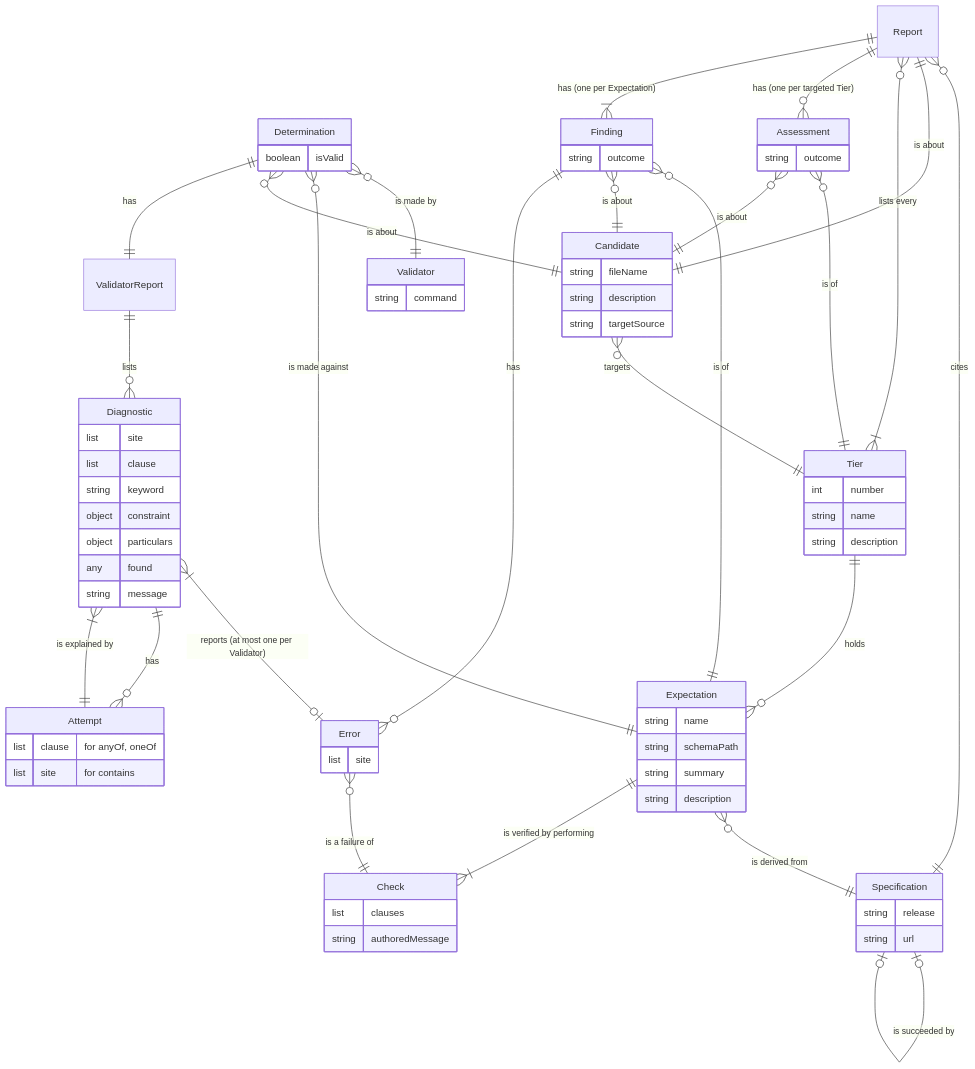
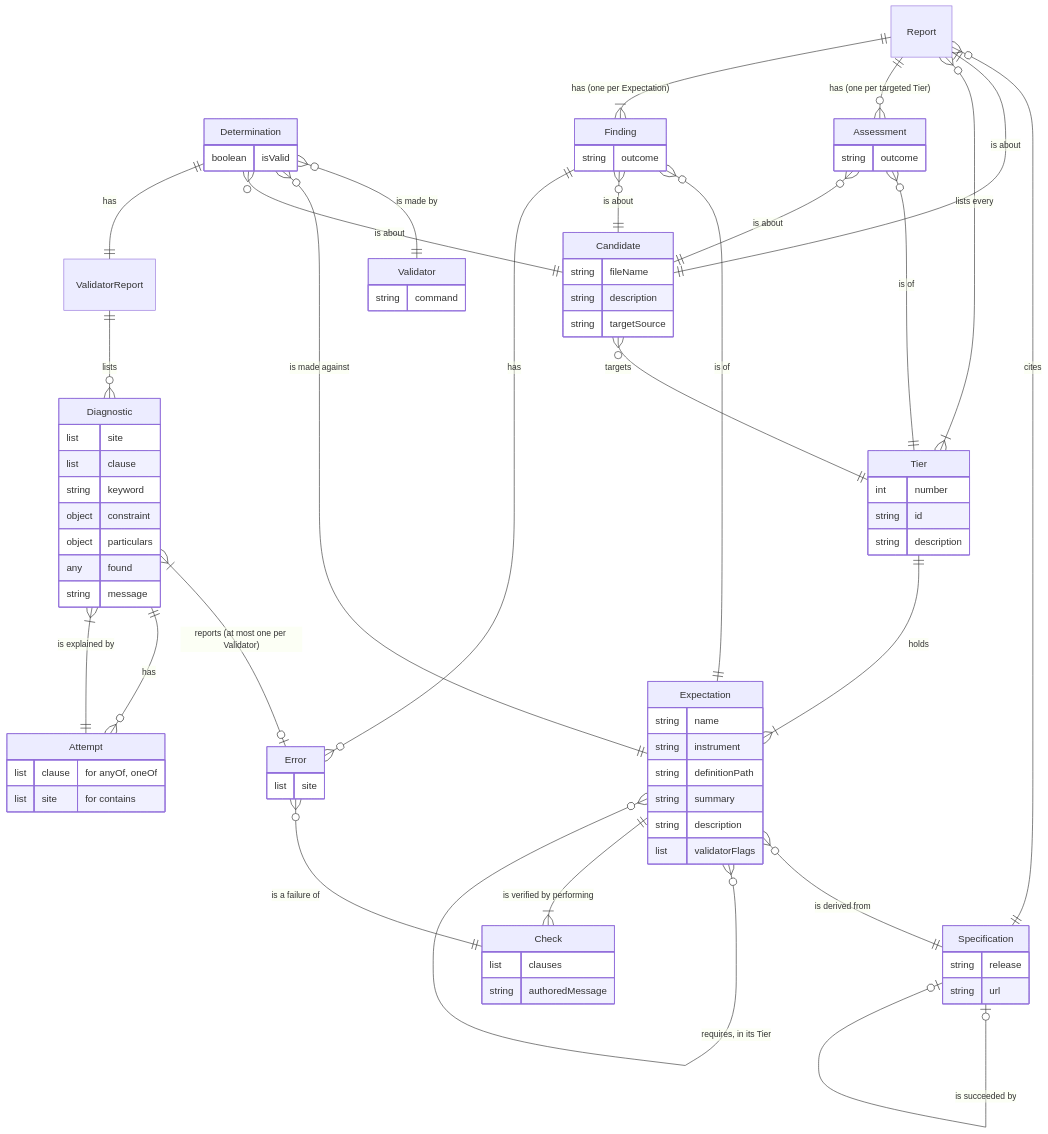
Before and after one commit to transparency-certified/tro-checks: the diagram in models/checker-erd.md, drawn with Mermaid. The commit also changed 2 other files, not shown here.

Commit message:
Model tiers by ID and expectations by instrument and requirement

```diff
--- a/models/checker-erd.md
+++ b/models/checker-erd.md
@@ -19,14 +19,16 @@
     }
     Tier {
         int number
-        string name
+        string id
         string description
     }
     Expectation {
         string name
-        string schemaPath
+        string instrument
+        string definitionPath
         string summary
         string description
+        list validatorFlags
     }
     Validator {
         string command
@@ -66,7 +68,8 @@
     }
 
     Candidate }o--|| Tier : targets
-    Tier ||--o{ Expectation : holds
+    Tier ||--|{ Expectation : holds
+    Expectation }o--o{ Expectation : "requires, in its Tier"
     Expectation ||--|{ Check : "is verified by performing"
     Determination }o--|| Validator : "is made by"
     Determination }o--|| Expectation : "is made against"
```
